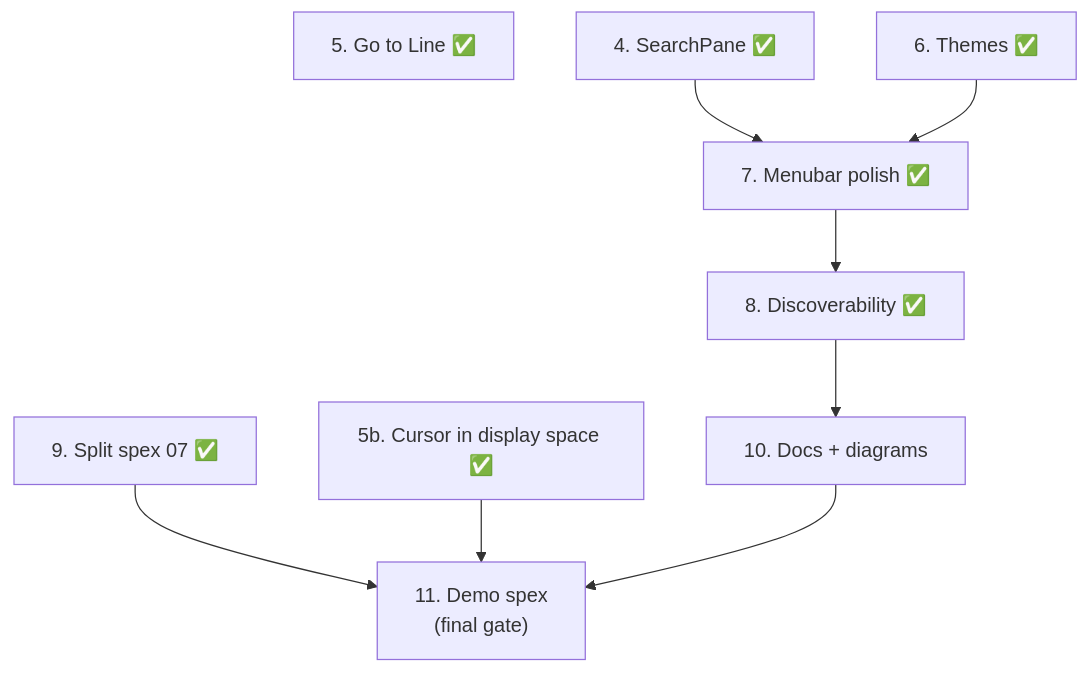
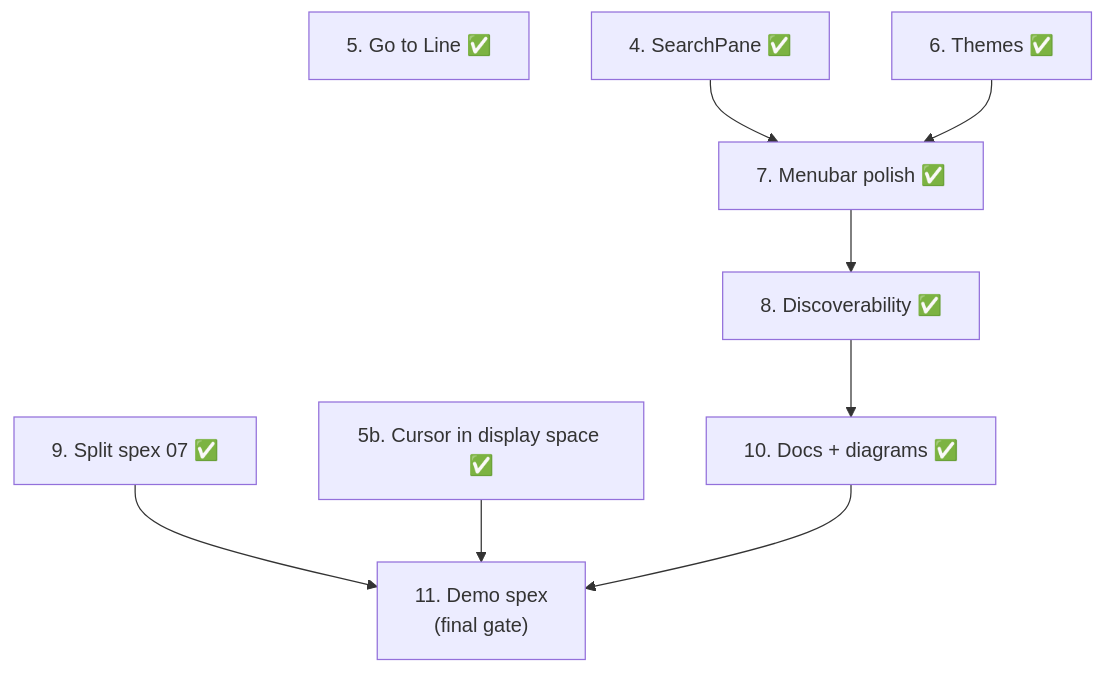
The first of 2 diagrams in docs/ROADMAP_1.0.md (JediLuke/quillex), drawn with Mermaid before and after one commit. The commit also changed other lines of this file and 6 other files, not shown here.

First line of the commit message:
Part II item 10: documentation and the input/focus diagram

````diff
--- a/docs/ROADMAP_1.0.md
+++ b/docs/ROADMAP_1.0.md
@@ -658,11 +684,11 @@
 ```mermaid
 flowchart TB
     S5["5. Go to Line ✅"]
     S9["9. Split spex 07 ✅"] --> S11
     S4["4. SearchPane ✅"] --> S7["7. Menubar polish"]
     S5b["5b. Cursor in display space ✅"] --> S11
     S6["6. Themes ✅"] --> S7
     S7["7. Menubar polish ✅"] --> S8["8. Discoverability sweep"]
     S8["8. Discoverability ✅"] --> S10["10. Docs + diagrams"]
-    S10 --> S11["11. Demo spex<br/>(final gate)"]
+    S10["10. Docs + diagrams ✅"] --> S11["11. Demo spex<br/>(final gate)"]
 ```
````
